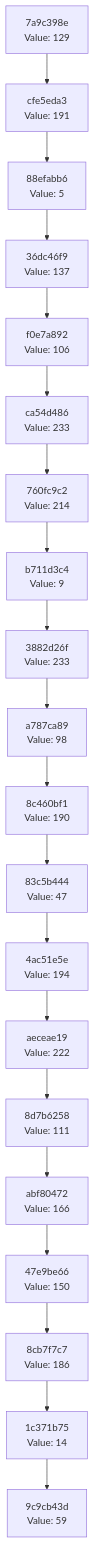
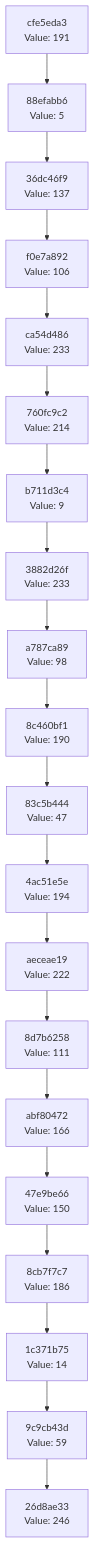
Before and after one commit to Abhisheksinha1506/hash-chain-evolver: the diagram in docs/CHAIN_VISUALIZATION.md, drawn with Mermaid. The commit also changed 3 other files, not shown here.

````diff
--- a/docs/CHAIN_VISUALIZATION.md
+++ b/docs/CHAIN_VISUALIZATION.md
@@ -3,42 +3,42 @@
 ```mermaid
 graph TD
-    C0["9c9cb43d<br/>Value: 59"]
-    C1["1c371b75<br/>Value: 14"]
+    C0["26d8ae33<br/>Value: 246"]
+    C1["9c9cb43d<br/>Value: 59"]
     C1 --> C0
-    C2["8cb7f7c7<br/>Value: 186"]
+    C2["1c371b75<br/>Value: 14"]
     C2 --> C1
-    C3["47e9be66<br/>Value: 150"]
+    C3["8cb7f7c7<br/>Value: 186"]
     C3 --> C2
-    C4["abf80472<br/>Value: 166"]
+    C4["47e9be66<br/>Value: 150"]
     C4 --> C3
-    C5["8d7b6258<br/>Value: 111"]
+    C5["abf80472<br/>Value: 166"]
     C5 --> C4
-    C6["aeceae19<br/>Value: 222"]
+    C6["8d7b6258<br/>Value: 111"]
     C6 --> C5
-    C7["4ac51e5e<br/>Value: 194"]
+    C7["aeceae19<br/>Value: 222"]
     C7 --> C6
-    C8["83c5b444<br/>Value: 47"]
+    C8["4ac51e5e<br/>Value: 194"]
     C8 --> C7
-    C9["8c460bf1<br/>Value: 190"]
+    C9["83c5b444<br/>Value: 47"]
     C9 --> C8
-    C10["a787ca89<br/>Value: 98"]
+    C10["8c460bf1<br/>Value: 190"]
     C10 --> C9
-    C11["3882d26f<br/>Value: 233"]
+    C11["a787ca89<br/>Value: 98"]
     C11 --> C10
-    C12["b711d3c4<br/>Value: 9"]
+    C12["3882d26f<br/>Value: 233"]
     C12 --> C11
-    C13["760fc9c2<br/>Value: 214"]
+    C13["b711d3c4<br/>Value: 9"]
     C13 --> C12
-    C14["ca54d486<br/>Value: 233"]
+    C14["760fc9c2<br/>Value: 214"]
     C14 --> C13
-    C15["f0e7a892<br/>Value: 106"]
+    C15["ca54d486<br/>Value: 233"]
     C15 --> C14
-    C16["36dc46f9<br/>Value: 137"]
+    C16["f0e7a892<br/>Value: 106"]
     C16 --> C15
-    C17["88efabb6<br/>Value: 5"]
+    C17["36dc46f9<br/>Value: 137"]
     C17 --> C16
-    C18["cfe5eda3<br/>Value: 191"]
+    C18["88efabb6<br/>Value: 5"]
     C18 --> C17
-    C19["7a9c398e<br/>Value: 129"]
+    C19["cfe5eda3<br/>Value: 191"]
     C19 --> C18
 ```
````
